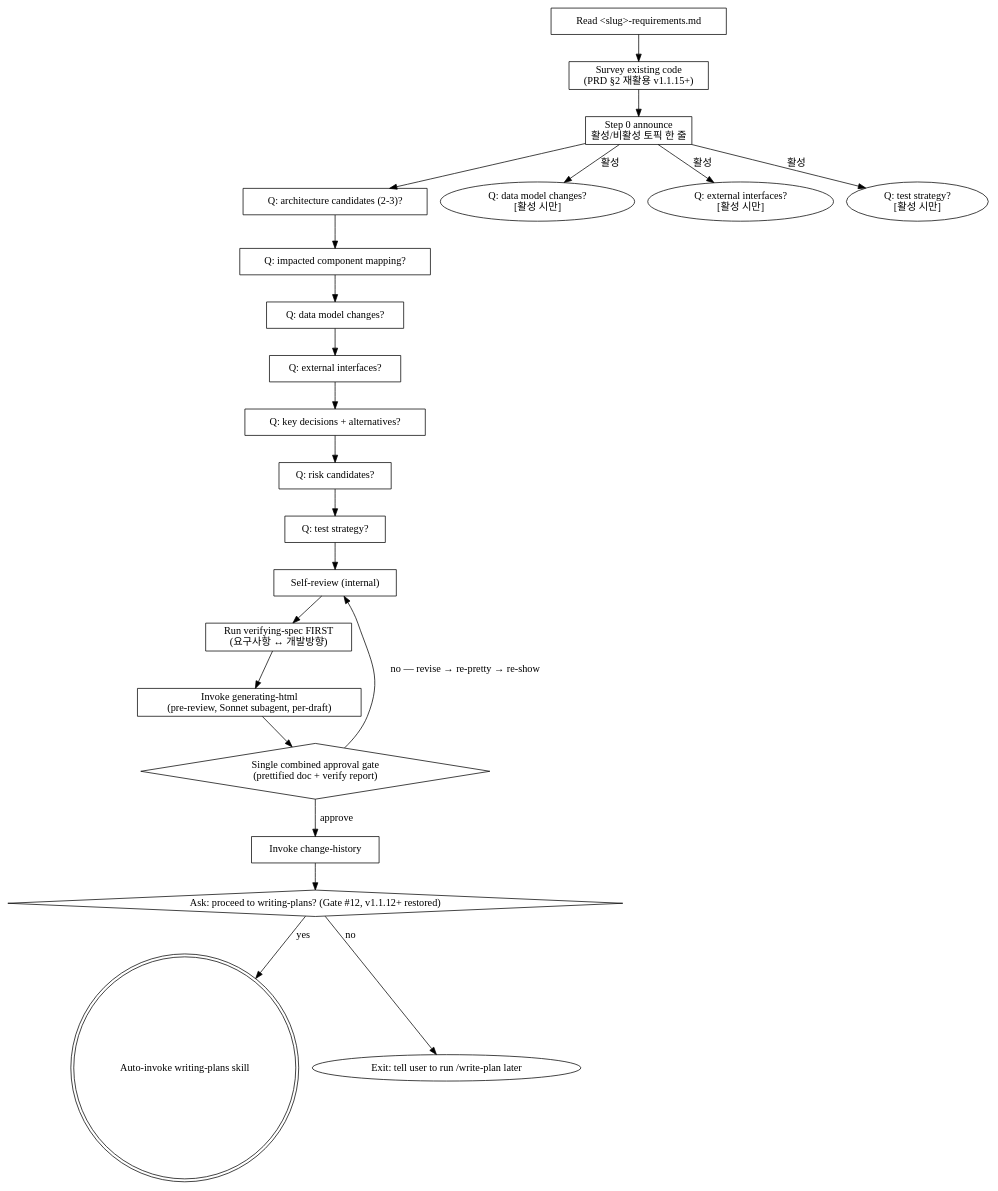
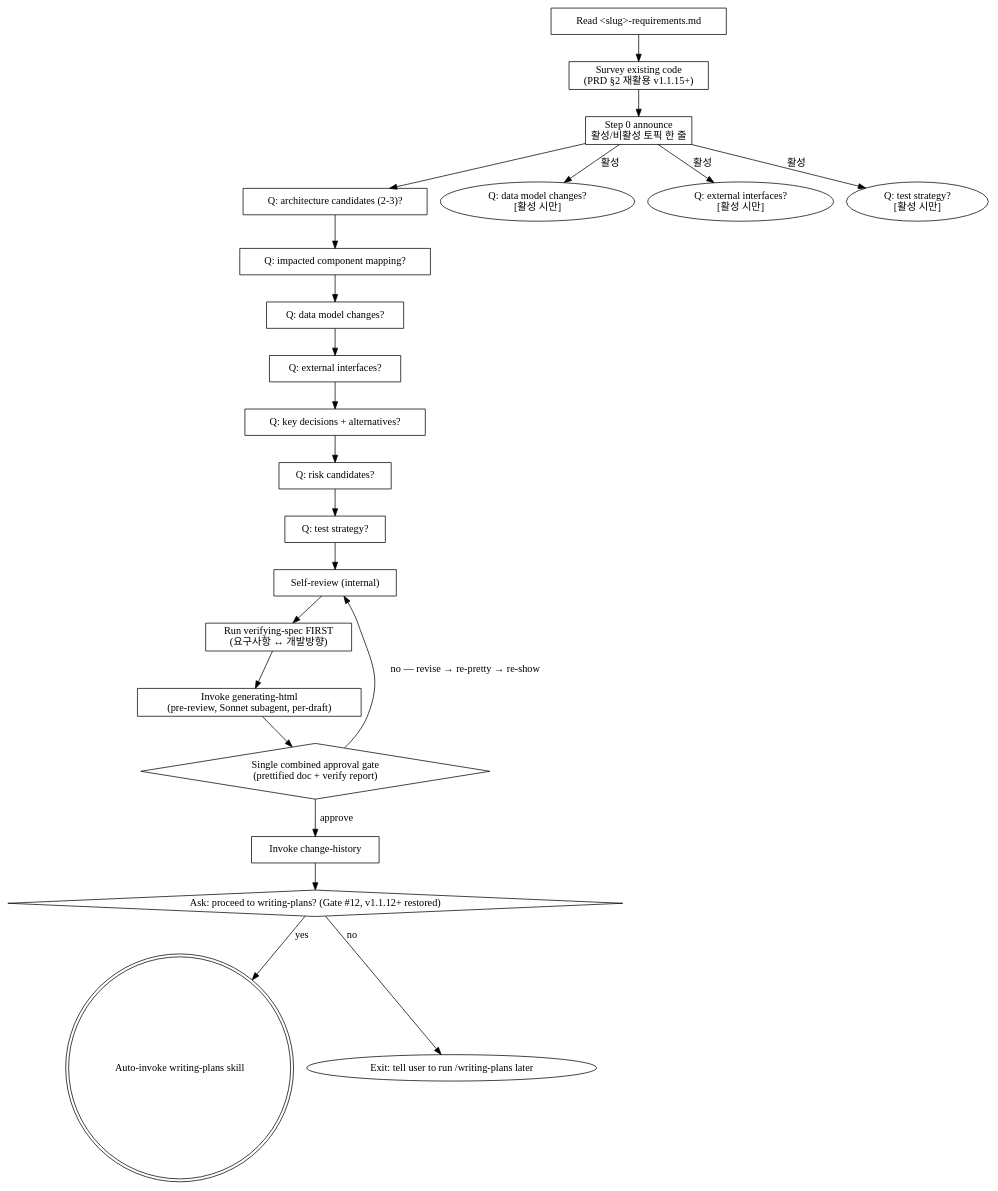
One commit to deokjinlog/intent-locked-workflow changed the diagram in skills/tech-design/SKILL.md. Above: the diagram before and after it, drawn with Graphviz. The commit also changed other lines of this file and 29 other files, not shown here.

First line of the commit message:
refactor: 껍데기 워크플로우 명령 8개 제거 → 스킬 단일화 (v0.9.0)

````diff
--- a/skills/tech-design/SKILL.md
+++ b/skills/tech-design/SKILL.md
@@ -106,44 +106,44 @@
 ```dot
 digraph design_flow {
     "Read <slug>-requirements.md" [shape=box];
     "Survey existing code\n(PRD §2 재활용 v1.1.15+)" [shape=box];
     "Step 0 announce\n활성/비활성 토픽 한 줄" [shape=box];
     "Q: architecture candidates (2-3)?" [shape=box];
     "Q: impacted component mapping?" [shape=box];
     "Q: data model changes?" [shape=box];
     "Q: external interfaces?" [shape=box];
     "Q: key decisions + alternatives?" [shape=box];
     "Q: risk candidates?" [shape=box];
     "Q: test strategy?" [shape=box];
     "Self-review (internal)" [shape=box];
     "Run verifying-spec FIRST\n(요구사항 ↔ 개발방향)" [shape=box];
     "Invoke generating-html\n(pre-review, Sonnet subagent, per-draft)" [shape=box];
     "Single combined approval gate\n(prettified doc + verify report)" [shape=diamond];
     "Invoke change-history" [shape=box];
     "Ask: proceed to writing-plans? (Gate #12, v1.1.12+ restored)" [shape=diamond];
     "Auto-invoke writing-plans skill" [shape=doublecircle];
-    "Exit: tell user to run /write-plan later" [shape=oval];
+    "Exit: tell user to run /writing-plans later" [shape=oval];
 
     "Read <slug>-requirements.md" -> "Survey existing code\n(PRD §2 재활용 v1.1.15+)";
     "Survey existing code\n(PRD §2 재활용 v1.1.15+)" -> "Step 0 announce\n활성/비활성 토픽 한 줄";
     "Step 0 announce\n활성/비활성 토픽 한 줄" -> "Q: architecture candidates (2-3)?";
     "Step 0 announce\n활성/비활성 토픽 한 줄" -> "Q: data model changes?\n[활성 시만]" [label="활성"];
     "Step 0 announce\n활성/비활성 토픽 한 줄" -> "Q: external interfaces?\n[활성 시만]" [label="활성"];
     "Step 0 announce\n활성/비활성 토픽 한 줄" -> "Q: test strategy?\n[활성 시만]" [label="활성"];
     "Q: architecture candidates (2-3)?" -> "Q: impacted component mapping?";
     "Q: impacted component mapping?" -> "Q: data model changes?";
     "Q: data model changes?" -> "Q: external interfaces?";
     "Q: external interfaces?" -> "Q: key decisions + alternatives?";
     "Q: key decisions + alternatives?" -> "Q: risk candidates?";
     "Q: risk candidates?" -> "Q: test strategy?";
     "Q: test strategy?" -> "Self-review (internal)";
     "Self-review (internal)" -> "Run verifying-spec FIRST\n(요구사항 ↔ 개발방향)";
     "Run verifying-spec FIRST\n(요구사항 ↔ 개발방향)" -> "Invoke generating-html\n(pre-review, Sonnet subagent, per-draft)";
     "Invoke generating-html\n(pre-review, Sonnet subagent, per-draft)" -> "Single combined approval gate\n(prettified doc + verify report)";
     "Single combined approval gate\n(prettified doc + verify report)" -> "Self-review (internal)" [label="no — revise → re-pretty → re-show"];
     "Single combined approval gate\n(prettified doc + verify report)" -> "Invoke change-history" [label="approve"];
     "Invoke change-history" -> "Ask: proceed to writing-plans? (Gate #12, v1.1.12+ restored)";
     "Ask: proceed to writing-plans? (Gate #12, v1.1.12+ restored)" -> "Auto-invoke writing-plans skill" [label="yes"];
-    "Ask: proceed to writing-plans? (Gate #12, v1.1.12+ restored)" -> "Exit: tell user to run /write-plan later" [label="no"];
+    "Ask: proceed to writing-plans? (Gate #12, v1.1.12+ restored)" -> "Exit: tell user to run /writing-plans later" [label="no"];
 }
 ```
````
